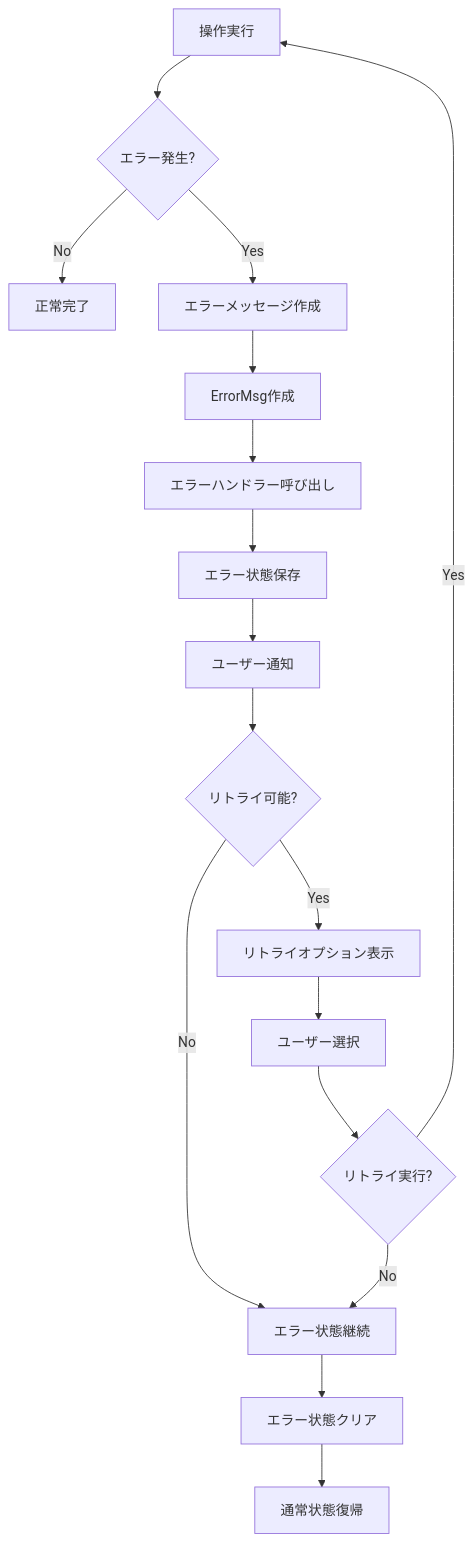
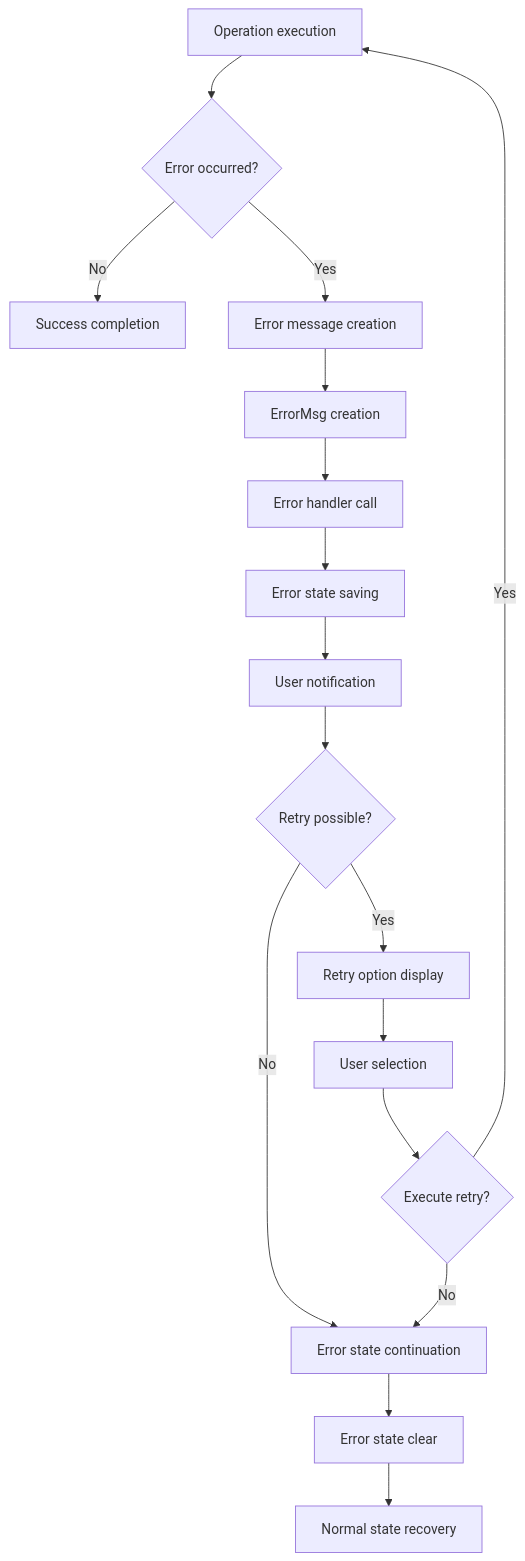
One commit to tom555-555/tuimv changed the ninth of 10 diagrams in docs/architecture-diagrams.md. Above: the diagram before and after it, drawn with Mermaid. The commit also changed other lines of this file and 3 other files, not shown here.

````diff
--- a/docs/architecture-diagrams.md
+++ b/docs/architecture-diagrams.md
@@ -268,23 +270,23 @@
 ```mermaid
 flowchart TD
-    A[操作実行] --> B{エラー発生?}
-    B -->|No| C[正常完了]
-    B -->|Yes| D[エラーメッセージ作成]
+    A[Operation execution] --> B{Error occurred?}
+    B -->|No| C[Success completion]
+    B -->|Yes| D[Error message creation]
     
-    D --> E[ErrorMsg作成]
-    E --> F[エラーハンドラー呼び出し]
-    F --> G[エラー状態保存]
-    G --> H[ユーザー通知]
+    D --> E[ErrorMsg creation]
+    E --> F[Error handler call]
+    F --> G[Error state saving]
+    G --> H[User notification]
     
-    H --> I{リトライ可能?}
-    I -->|Yes| J[リトライオプション表示]
-    I -->|No| K[エラー状態継続]
+    H --> I{Retry possible?}
+    I -->|Yes| J[Retry option display]
+    I -->|No| K[Error state continuation]
     
-    J --> L[ユーザー選択]
-    L --> M{リトライ実行?}
+    J --> L[User selection]
+    L --> M{Execute retry?}
     M -->|Yes| A
     M -->|No| K
     
-    K --> N[エラー状態クリア]
-    N --> O[通常状態復帰]
+    K --> N[Error state clear]
+    N --> O[Normal state recovery]
 ```
````
